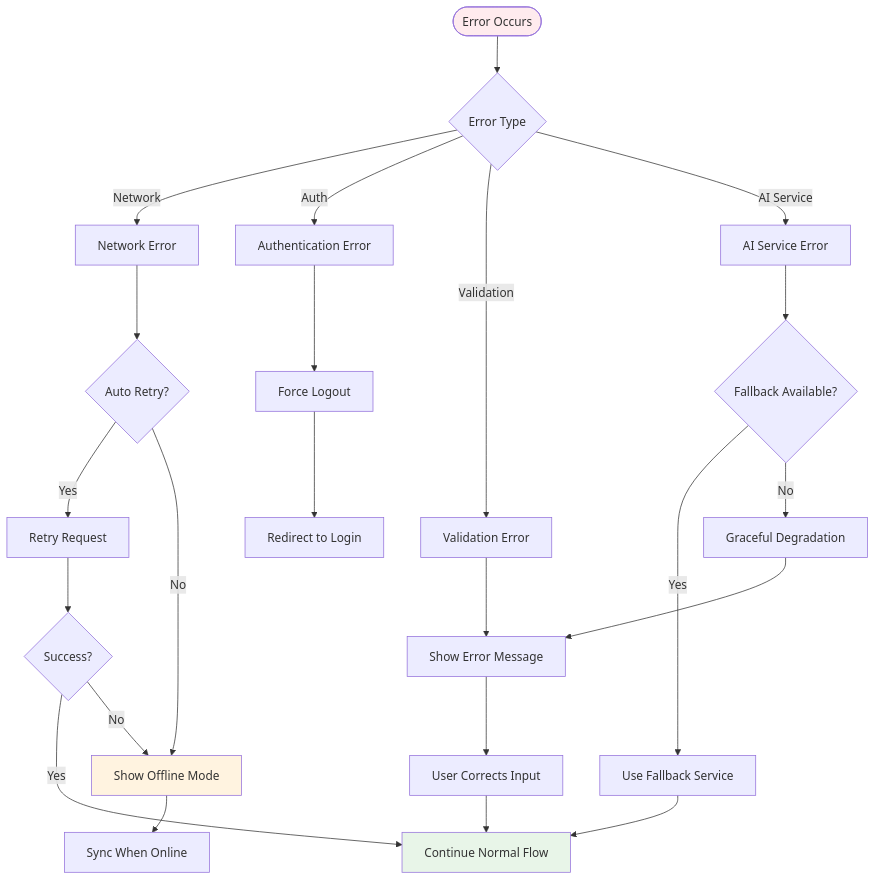
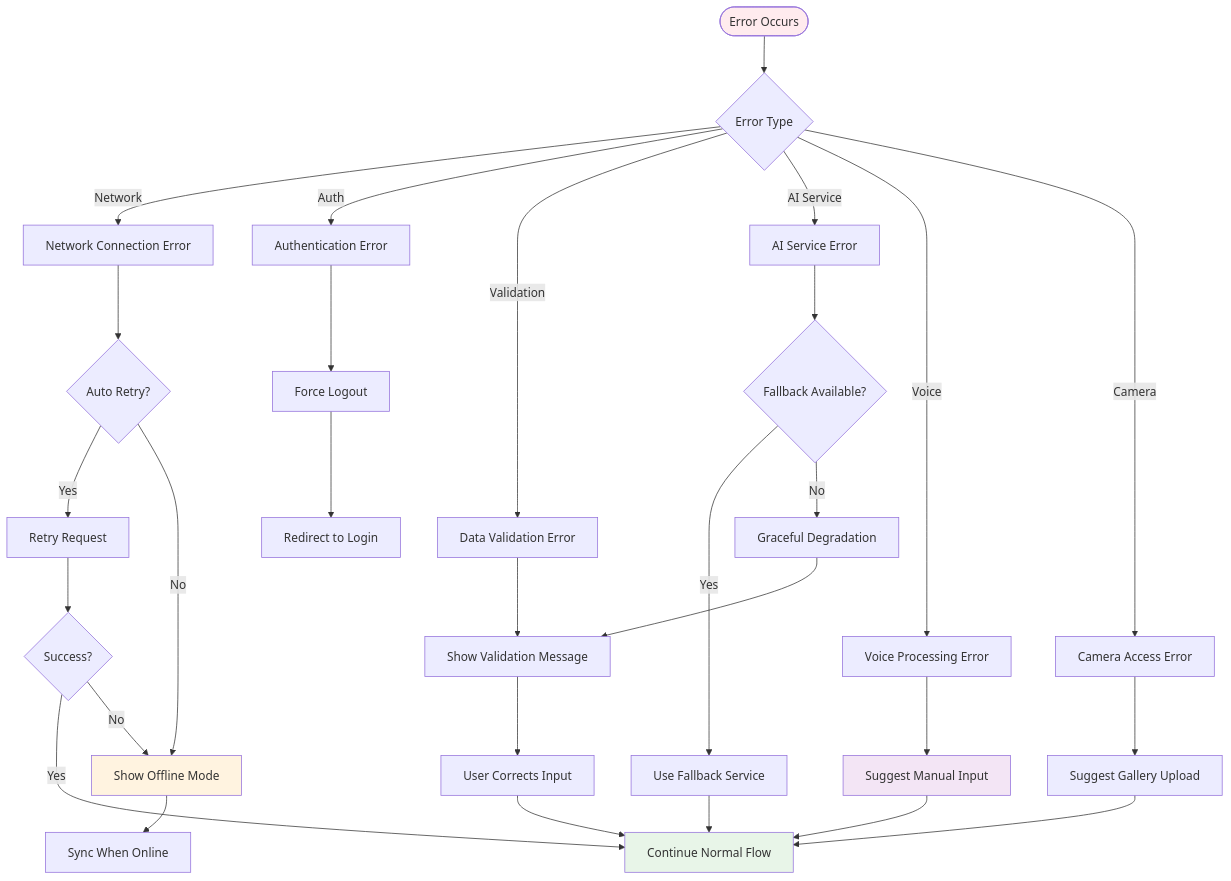
One commit to gs-admin1/hashimfit-voicecoach changed the eighth of 8 diagrams in docs/USER_FLOWS.md. Above: the diagram before and after it, drawn with Mermaid. The commit also changed other lines of this file and 5 other files, not shown here.

````diff
--- a/docs/USER_FLOWS.md
+++ b/docs/USER_FLOWS.md
@@ -145,36 +267,44 @@
 ```mermaid
 flowchart TD
     Error([Error Occurs]) --> Type{Error Type}
     
-    Type -->|Network| NetworkError[Network Error]
+    Type -->|Network| NetworkError[Network Connection Error]
     Type -->|Auth| AuthError[Authentication Error]
-    Type -->|Validation| ValidationError[Validation Error]
+    Type -->|Validation| ValidationError[Data Validation Error]
     Type -->|AI Service| AIError[AI Service Error]
+    Type -->|Voice| VoiceError[Voice Processing Error]
+    Type -->|Camera| CameraError[Camera Access Error]
     
     NetworkError --> Retry{Auto Retry?}
     Retry -->|Yes| RetryAction[Retry Request]
     Retry -->|No| Offline[Show Offline Mode]
     
     AuthError --> Logout[Force Logout]
     Logout --> Login[Redirect to Login]
     
-    ValidationError --> ShowError[Show Error Message]
+    ValidationError --> ShowError[Show Validation Message]
     ShowError --> UserAction[User Corrects Input]
     
     AIError --> Fallback{Fallback Available?}
     Fallback -->|Yes| UseFallback[Use Fallback Service]
     Fallback -->|No| GracefulFail[Graceful Degradation]
+    
+    VoiceError --> VoiceFallback[Suggest Manual Input]
+    CameraError --> CameraFallback[Suggest Gallery Upload]
     
     RetryAction --> Success{Success?}
     Success -->|Yes| Continue[Continue Normal Flow]
     Success -->|No| Offline
     
     UseFallback --> Continue
     GracefulFail --> ShowError
+    VoiceFallback --> Continue
+    CameraFallback --> Continue
     UserAction --> Continue
     Offline --> Sync[Sync When Online]
     
     style Error fill:#ffebee
     style Continue fill:#e8f5e8
     style Offline fill:#fff3e0
+    style VoiceFallback fill:#f3e5f5
 ```
````
